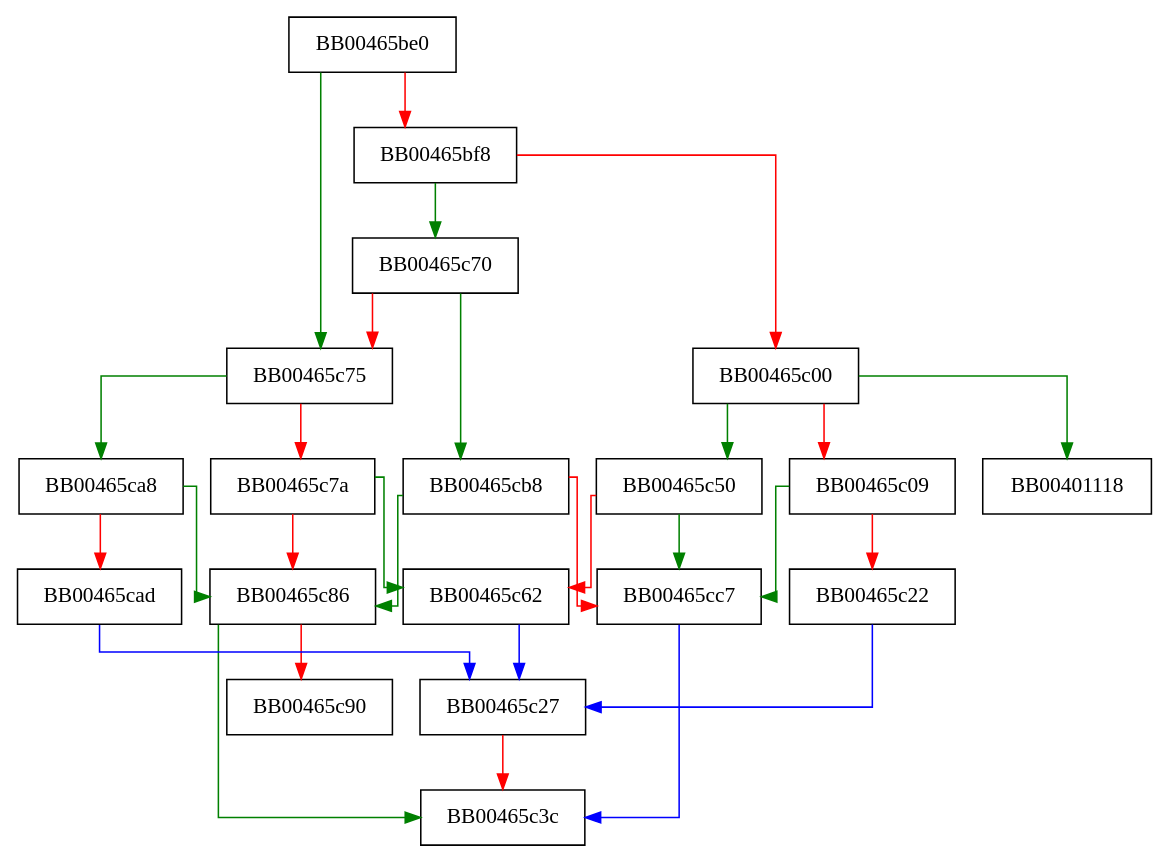
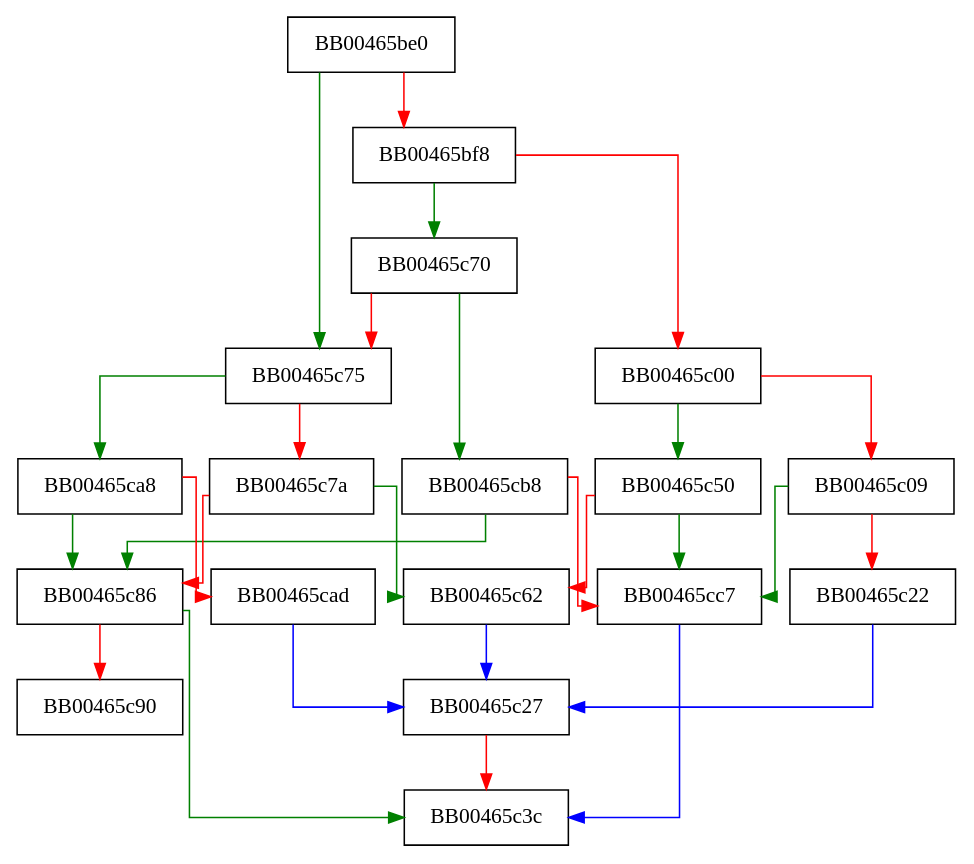
The diagram in openssl-static-gcc-dwarf/00465be0.dot (v-p-b/ghidra-function-graph-datasets), drawn with Graphviz before and after one commit. The commit also changed 16867 other files, not shown here.

```diff
--- a/openssl-static-gcc-dwarf/00465be0.dot
+++ b/openssl-static-gcc-dwarf/00465be0.dot
@@ -1,32 +1,31 @@
 digraph app_passwd {
   node [shape="box"];
   graph [splines=ortho];
   BB00465be0 -> BB00465c75 [color="green"];
   BB00465be0 -> BB00465bf8 [color="red"];
   BB00465bf8 -> BB00465c70 [color="green"];
   BB00465bf8 -> BB00465c00 [color="red"];
-  BB00465c00 -> BB00401118 [color="green"];
   BB00465c00 -> BB00465c50 [color="green"];
   BB00465c00 -> BB00465c09 [color="red"];
   BB00465c09 -> BB00465cc7 [color="green"];
   BB00465c09 -> BB00465c22 [color="red"];
   BB00465c22 -> BB00465c27 [color="blue"];
   BB00465c27 -> BB00465c3c [color="red"];
   BB00465c50 -> BB00465cc7 [color="green"];
   BB00465c50 -> BB00465c62 [color="red"];
   BB00465c62 -> BB00465c27 [color="blue"];
   BB00465c70 -> BB00465cb8 [color="green"];
   BB00465c70 -> BB00465c75 [color="red"];
   BB00465c75 -> BB00465ca8 [color="green"];
   BB00465c75 -> BB00465c7a [color="red"];
   BB00465c7a -> BB00465c62 [color="green"];
   BB00465c7a -> BB00465c86 [color="red"];
   BB00465c86 -> BB00465c3c [color="green"];
   BB00465c86 -> BB00465c90 [color="red"];
   BB00465ca8 -> BB00465c86 [color="green"];
   BB00465ca8 -> BB00465cad [color="red"];
   BB00465cad -> BB00465c27 [color="blue"];
   BB00465cb8 -> BB00465c86 [color="green"];
   BB00465cb8 -> BB00465cc7 [color="red"];
   BB00465cc7 -> BB00465c3c [color="blue"];
 }
```
